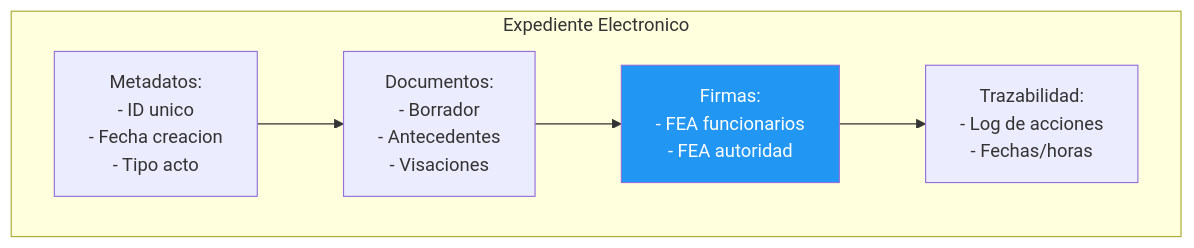
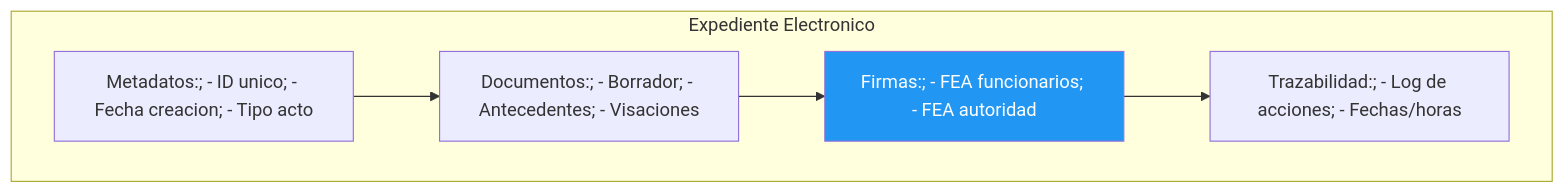
One commit to felix-antonio-sl/kora changed the fifth of 5 diagrams in KNOWLEDGE/gn/kb/bpmn-actos-administrativos.md. Above: the diagram before and after it, drawn with Mermaid. The commit also changed other lines of this file and 1034 other files, not shown here.

````diff
--- a/KNOWLEDGE/gn/kb/bpmn-actos-administrativos.md
+++ b/KNOWLEDGE/gn/kb/bpmn-actos-administrativos.md
@@ -203,13 +211,13 @@
 ```mermaid
 flowchart TD
-    subgraph EXPEDIENTE["Expediente Electronico"]
-        A["Metadatos:<br/>- ID unico<br/>- Fecha creacion<br/>- Tipo acto"]
-        B["Documentos:<br/>- Borrador<br/>- Antecedentes<br/>- Visaciones"]
-        C["Firmas:<br/>- FEA funcionarios<br/>- FEA autoridad"]
-        D["Trazabilidad:<br/>- Log de acciones<br/>- Fechas/horas"]
-    end
+ subgraph EXPEDIENTE["Expediente Electronico"]
+ A["Metadatos:; - ID unico; - Fecha creacion; - Tipo acto"]
+ B["Documentos:; - Borrador; - Antecedentes; - Visaciones"]
+ C["Firmas:; - FEA funcionarios; - FEA autoridad"]
+ D["Trazabilidad:; - Log de acciones; - Fechas/horas"]
+ end
 
-    A --> B --> C --> D
+ A --> B --> C --> D
 
-    style C fill:#2196F3,color:#fff
+ style C fill:#2196F3,color:#fff
 ```
````
